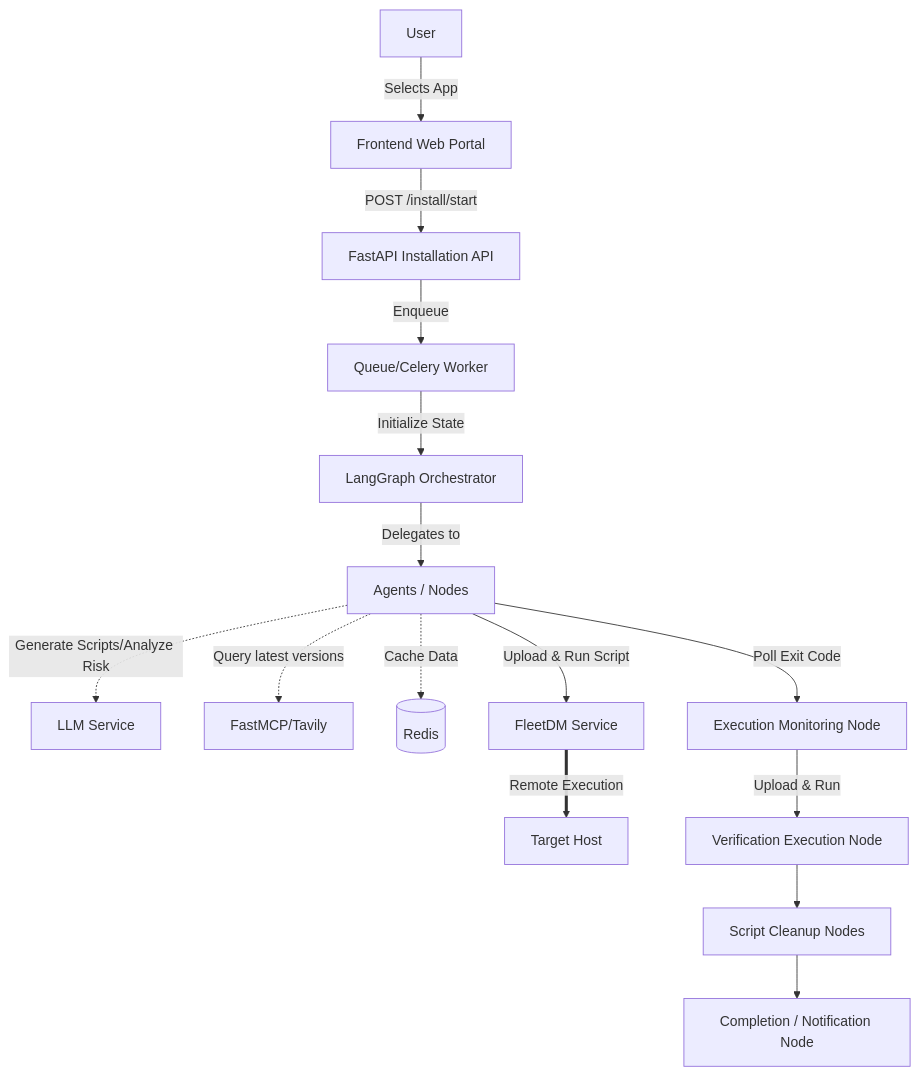
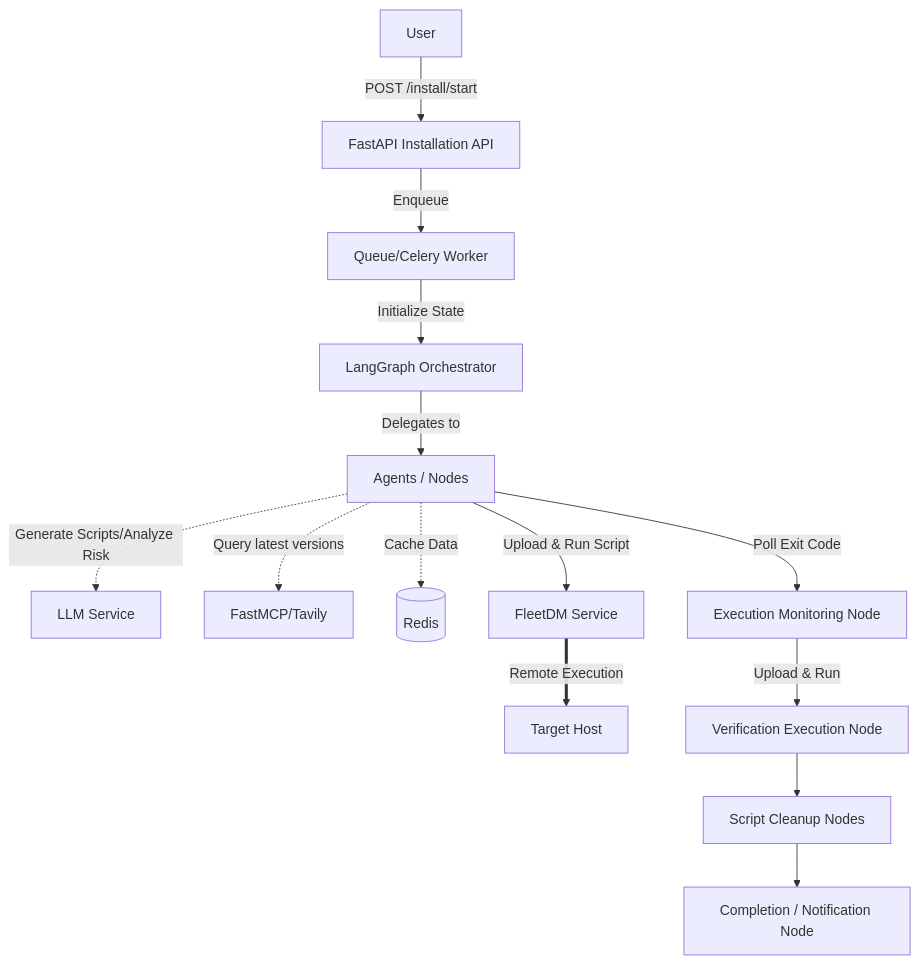
Before and after one commit to RashmiSahu2005/Web-Service-Portal: the first of 3 diagrams in backend/README.md, drawn with Mermaid. The commit also changed other lines of this file and 21 other files, not shown here.

````diff
--- a/backend/README.md
+++ b/backend/README.md
@@ -21,20 +20,19 @@
 ```mermaid
 graph TD
-    User[User] -->|Selects App| Frontend[Frontend Web Portal]
-    Frontend -->|POST /install/start| API[FastAPI Installation API]
+    User[User] -->|POST /install/start| API[FastAPI Installation API]
     API -->|Enqueue| Queue[Queue/Celery Worker]
     Queue -->|Initialize State| LangGraph[LangGraph Orchestrator]
     LangGraph -->|Delegates to| Agents[Agents / Nodes]
     
     Agents -.->|Generate Scripts/Analyze Risk| LLM[LLM Service]
     Agents -.->|Query latest versions| Tavily[FastMCP/Tavily]
     Agents -.->|Cache Data| Redis[(Redis)]
     
     Agents -->|Upload & Run Script| FleetDM[FleetDM Service]
     FleetDM ==>|Remote Execution| TargetHost[Target Host]
     
     Agents -->|Poll Exit Code| Monitoring[Execution Monitoring Node]
     Monitoring -->|Upload & Run| Verification[Verification Execution Node]
     Verification --> Cleanup[Script Cleanup Nodes]
     Cleanup --> Completion[Completion / Notification Node]
 ```
````
